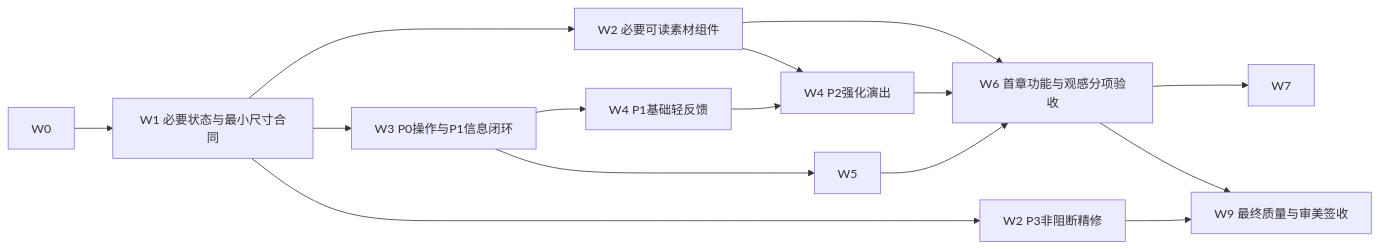
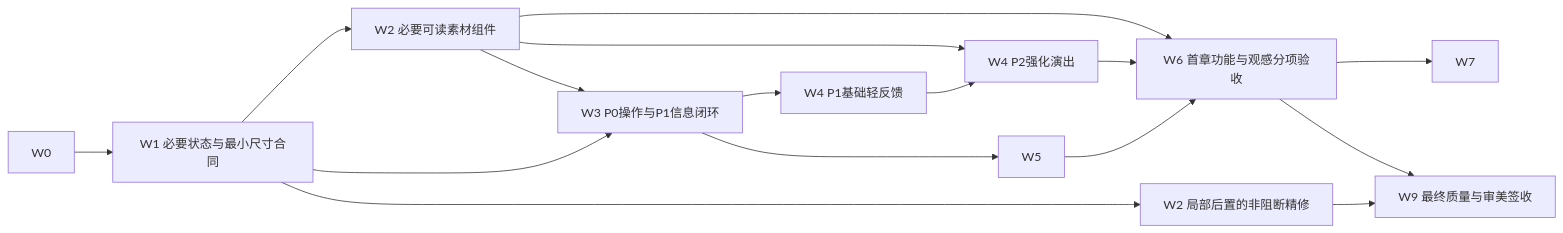
Before and after one commit to big-dimple/dachoupai: the diagram in docs/production/DELIVERY_PLAN.md, drawn with Mermaid. The commit also changed other lines of this file and 2 other files, not shown here.

Commit message:
docs: preserve full delivery sequence and reconcile prepared art manifests

````diff
--- a/docs/production/DELIVERY_PLAN.md
+++ b/docs/production/DELIVERY_PLAN.md
@@ -340,17 +344,18 @@
 ```mermaid
 flowchart LR
   W0 --> W1[W1 必要状态与最小尺寸合同]
   W1 --> W3[W3 P0操作与P1信息闭环]
   W1 --> W2N[W2 必要可读素材组件]
+  W2N --> W3
   W3 --> W4A[W4 P1基础轻反馈]
   W4A --> W4B[W4 P2强化演出]
   W2N --> W4B
   W3 --> W5
   W5 --> W6
   W4B --> W6[W6 首章功能与观感分项验收]
   W2N --> W6
-  W1 --> W2P[W2 P3非阻断精修]
+  W1 --> W2P[W2 局部后置的非阻断精修]
   W2P --> W9[W9 最终质量与审美签收]
   W6 --> W7
   W6 --> W9
 ```
````
